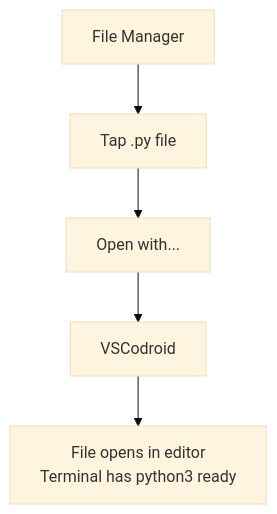
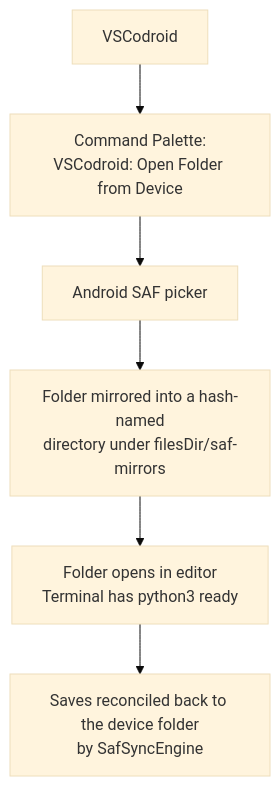
The third of 3 diagrams in docs/01-PRD.md (cuixinyuan666/vscodroid), drawn with Mermaid (base theme) before and after one commit. The commit also changed other lines of this file and 16 other files, not shown here.

````diff
--- a/docs/01-PRD.md
+++ b/docs/01-PRD.md
@@ -178,5 +183,7 @@
 ```mermaid
 flowchart TD
-  A["File Manager"] --> B["Tap .py file"] --> C["Open with..."] --> D["VSCodroid"]
-  D --> E["File opens in editor<br/>Terminal has python3 ready"]
+  A["VSCodroid"] --> B["Command Palette:<br/>VSCodroid: Open Folder from Device"] --> C["Android SAF picker"]
+  C --> D["Folder mirrored into a hash-named<br/>directory under filesDir/saf-mirrors"]
+  D --> E["Folder opens in editor<br/>Terminal has python3 ready"]
+  E --> F["Saves reconciled back to the device folder<br/>by SafSyncEngine"]
 ```
````
